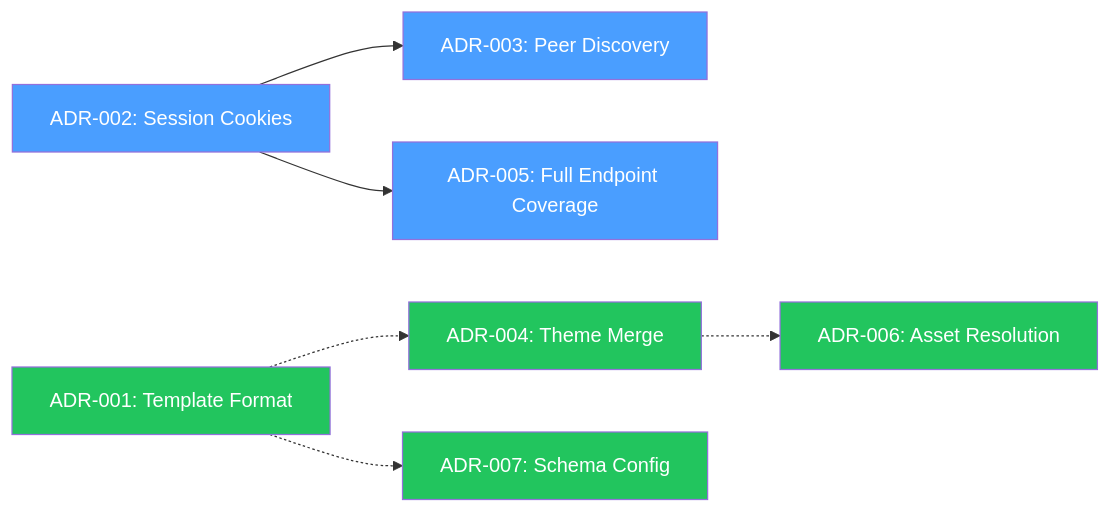
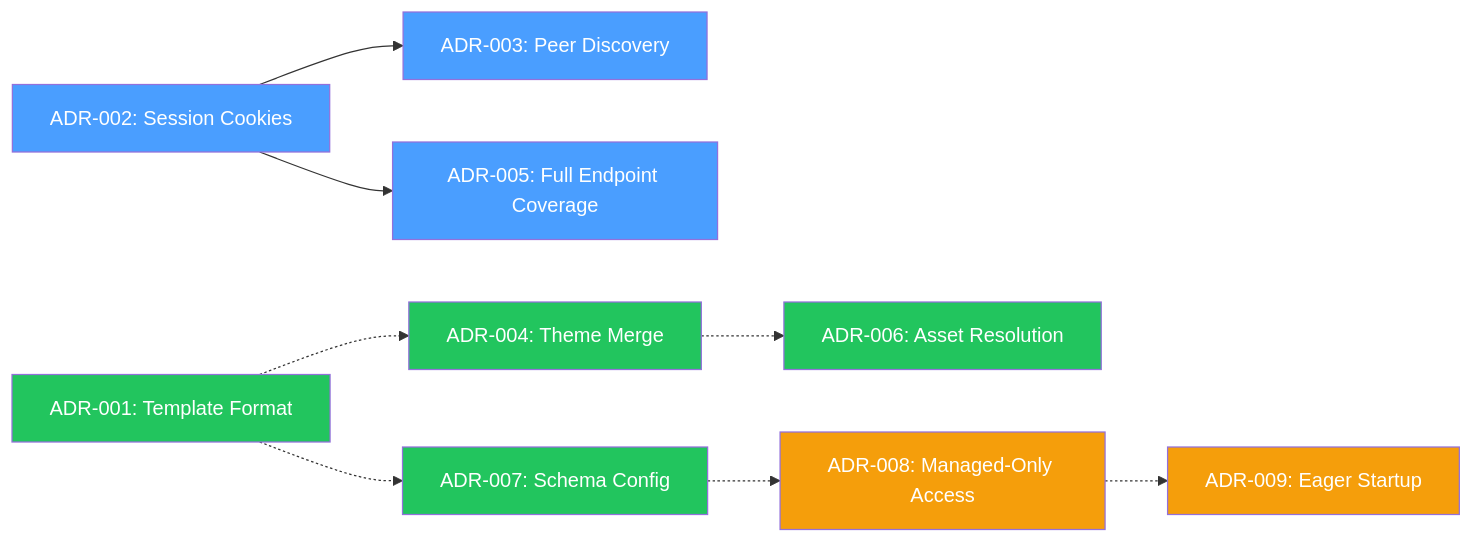
One commit to nogoo9/no-crd changed the diagram in docs/decisions/index.md. Above: the diagram before and after it, drawn with Mermaid. The commit also changed other lines of this file and 20 other files, not shown here.

First line of the commit message:
feat: managed-only pod access control, capabilities API, and eager startup (v0.5.0) (#11)

````diff
--- a/docs/decisions/index.md
+++ b/docs/decisions/index.md
@@ -32,15 +34,19 @@
 ```mermaid
 graph LR
     ADR002["ADR-002: Session Cookies"] --> ADR003["ADR-003: Peer Discovery"]
     ADR002 --> ADR005["ADR-005: Full Endpoint Coverage"]
     ADR001["ADR-001: Template Format"] -.-> ADR004["ADR-004: Theme Merge"]
     ADR004 -.-> ADR006["ADR-006: Asset Resolution"]
     ADR001 -.-> ADR007["ADR-007: Schema Config"]
+    ADR007 -.-> ADR008["ADR-008: Managed-Only Access"]
+    ADR008 -.-> ADR009["ADR-009: Eager Startup"]
     style ADR002 fill:#4a9eff,color:#fff
     style ADR003 fill:#4a9eff,color:#fff
     style ADR005 fill:#4a9eff,color:#fff
     style ADR001 fill:#22c55e,color:#fff
     style ADR004 fill:#22c55e,color:#fff
     style ADR006 fill:#22c55e,color:#fff
     style ADR007 fill:#22c55e,color:#fff
+    style ADR008 fill:#f59e0b,color:#fff
+    style ADR009 fill:#f59e0b,color:#fff
 ```
````
